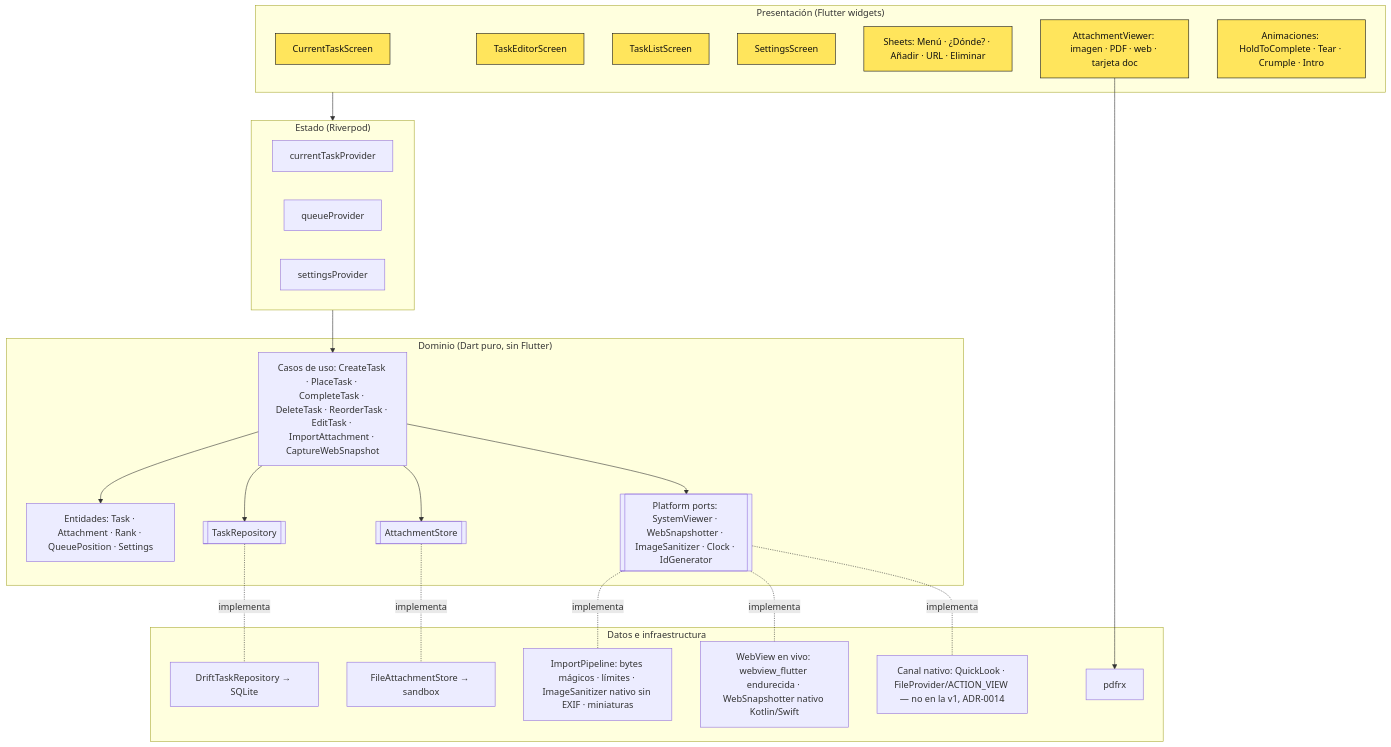
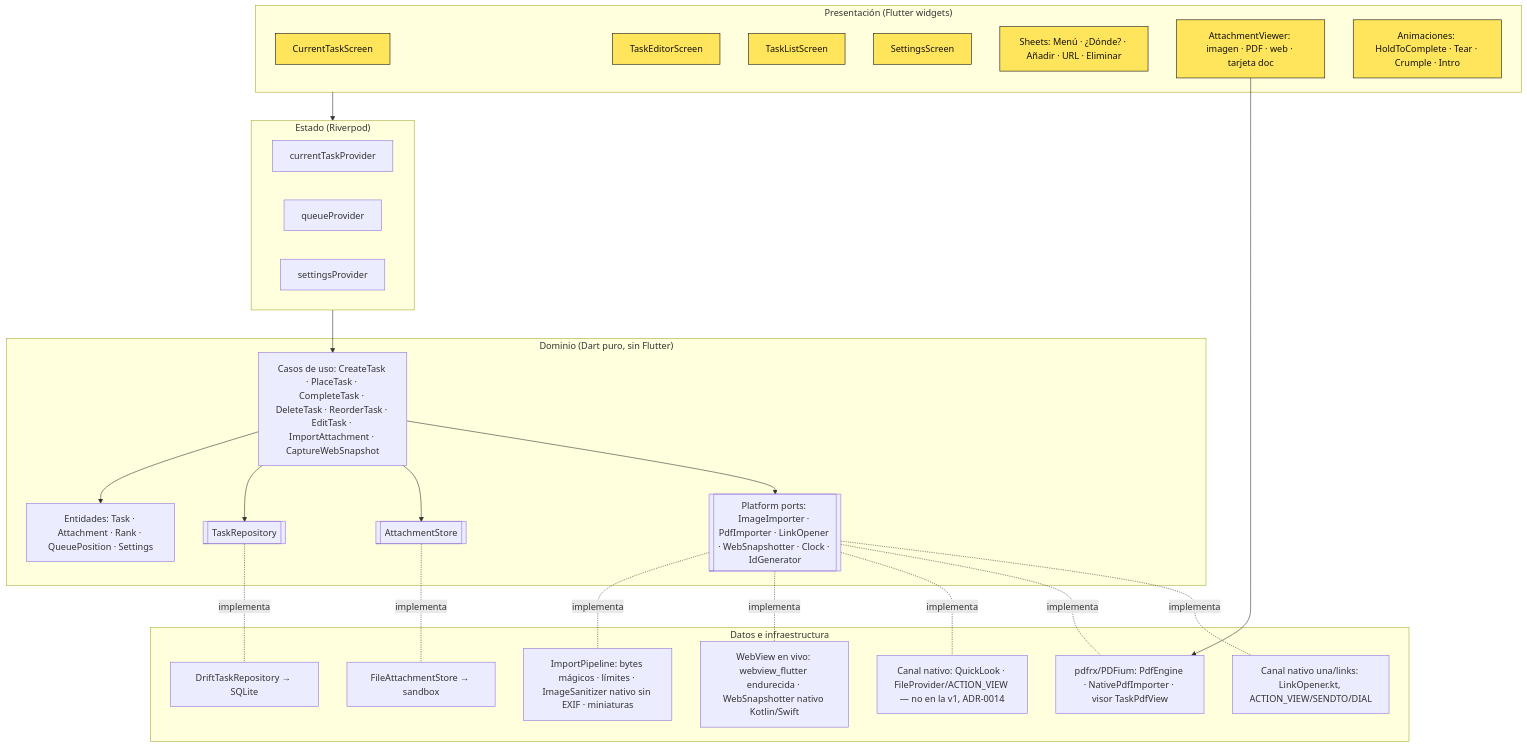
One commit to svallev/una changed the first of 4 diagrams in docs/architecture.md. Above: the diagram before and after it, drawn with Mermaid. The commit also changed other lines of this file and 8 other files, not shown here.

First line of the commit message:
docs(008): architecture, glossary and deviations for PDF; review fixes (T-008-25)

````diff
--- a/docs/architecture.md
+++ b/docs/architecture.md
@@ -7,40 +7,41 @@
 ```mermaid
 flowchart TB
   subgraph UI["Presentación (Flutter widgets)"]
     S1[CurrentTaskScreen]:::ui
     S2[TaskEditorScreen]:::ui
     S3[TaskListScreen]:::ui
     S4[SettingsScreen]:::ui
     SH[Sheets: Menú · ¿Dónde? · Añadir · URL · Eliminar]:::ui
     V[AttachmentViewer: imagen · PDF · web · tarjeta doc]:::ui
     FX[Animaciones: HoldToComplete · Tear · Crumple · Intro]:::ui
   end
   subgraph STATE["Estado (Riverpod)"]
     P1[currentTaskProvider]
     P2[queueProvider]
     P3[settingsProvider]
   end
   subgraph DOMAIN["Dominio (Dart puro, sin Flutter)"]
     UC[Casos de uso: CreateTask · PlaceTask · CompleteTask · DeleteTask · ReorderTask · EditTask · ImportAttachment · CaptureWebSnapshot]
     E[Entidades: Task · Attachment · Rank · QueuePosition · Settings]
     RP[[TaskRepository]]
     AS[[AttachmentStore]]
-    PF[[Platform ports: SystemViewer · WebSnapshotter · ImageSanitizer · Clock · IdGenerator]]
+    PF[[Platform ports: ImageImporter · PdfImporter · LinkOpener · WebSnapshotter · Clock · IdGenerator]]
   end
   subgraph DATA["Datos e infraestructura"]
     DR[DriftTaskRepository → SQLite]
     FS[FileAttachmentStore → sandbox]
     IMP[ImportPipeline: bytes mágicos · límites · ImageSanitizer nativo sin EXIF · miniaturas]
     WV[WebView en vivo: webview_flutter endurecida · WebSnapshotter nativo Kotlin/Swift]
-    PDF[pdfrx]
+    PDF[pdfrx/PDFium: PdfEngine · NativePdfImporter · visor TaskPdfView]
+    LNK[Canal nativo una/links: LinkOpener.kt, ACTION_VIEW/SENDTO/DIAL]
     NV[Canal nativo: QuickLook · FileProvider/ACTION_VIEW — no en la v1, ADR-0014]
   end
   UI --> STATE --> UC
   UC --> E
   UC --> RP & AS & PF
   RP -.implementa.- DR
   AS -.implementa.- FS
-  PF -.implementa.- IMP & WV & NV
+  PF -.implementa.- IMP & WV & NV & PDF & LNK
   V --> PDF
   classDef ui fill:#FFE55C,stroke:#111,color:#111
 ```
````
